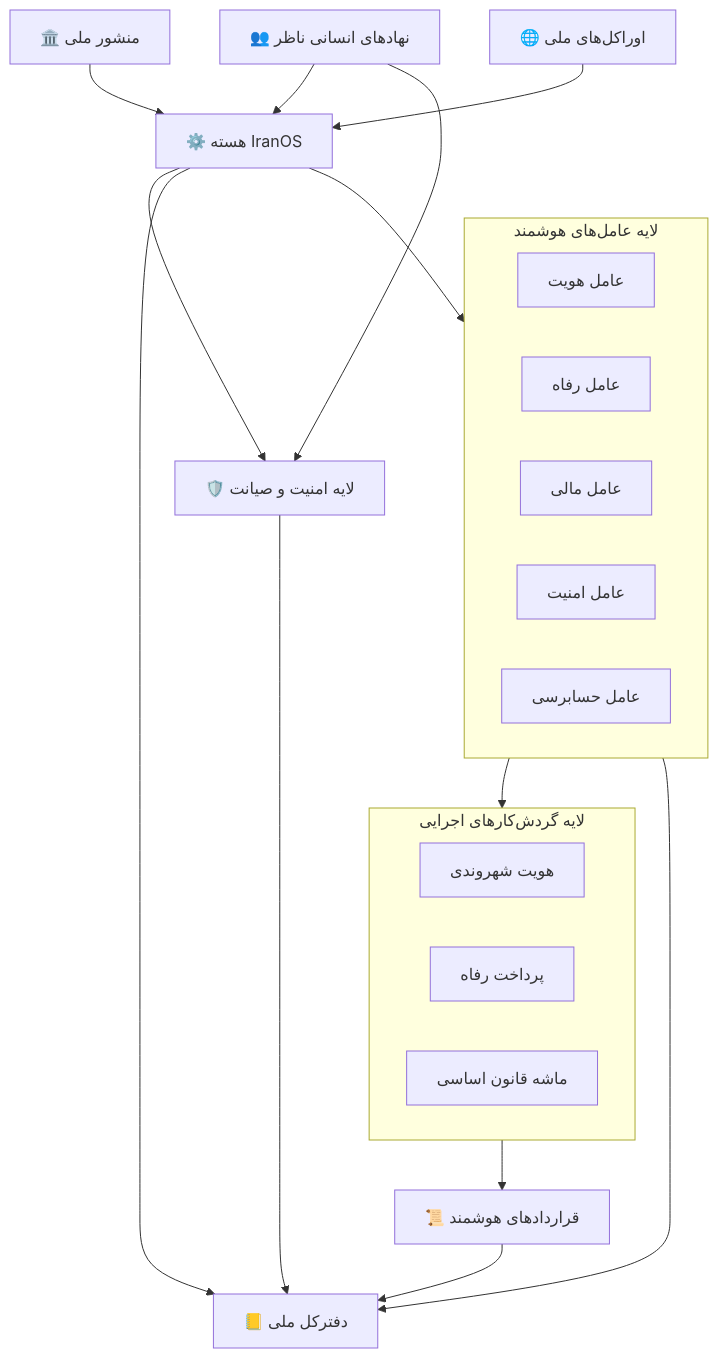
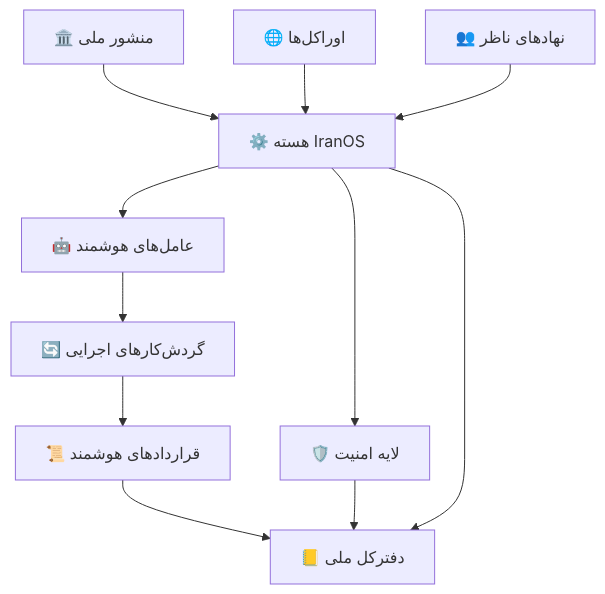
Before and after one commit to fafa33/Iran-OS: the diagram in architecture/SYSTEM_TOPOLOGY.md, drawn with Mermaid.

````diff
--- a/architecture/SYSTEM_TOPOLOGY.md
+++ b/architecture/SYSTEM_TOPOLOGY.md
@@ -30,42 +30,30 @@
 ```mermaid
 flowchart TB
 
-    C["🏛️ منشور ملی"]
-    O["🌐 اوراکل‌های ملی"]
+    A["🏛️ منشور ملی"]
+    B["🌐 اوراکل‌ها"]
+    C["👥 نهادهای ناظر"]
+
     K["⚙️ هسته IranOS"]
 
-    subgraph A["لایه عامل‌های هوشمند"]
-        AI1["عامل هویت"]
-        AI2["عامل رفاه"]
-        AI3["عامل مالی"]
-        AI4["عامل امنیت"]
-        AI5["عامل حسابرسی"]
-    end
+    D["🤖 عامل‌های هوشمند"]
+    E["🔄 گردش‌کارهای اجرایی"]
+    F["📜 قراردادهای هوشمند"]
 
-    subgraph W["لایه گردش‌کارهای اجرایی"]
-        W1["هویت شهروندی"]
-        W2["پرداخت رفاه"]
-        W3["ماشه قانون اساسی"]
-    end
+    G["🛡️ لایه امنیت"]
+    H["📒 دفترکل ملی"]
 
-    S["🛡️ لایه امنیت و صیانت"]
-    SC["📜 قراردادهای هوشمند"]
-    L["📒 دفترکل ملی"]
-    H["👥 نهادهای انسانی ناظر"]
+    A --> K
+    B --> K
+    C --> K
 
-    C --> K
-    O --> K
-    H --> K
+    K --> D
+    D --> E
+    E --> F
 
-    K --> A
-    A --> W
-    W --> SC
-    SC --> L
+    K --> G
 
-    K --> S
-    S --> L
-    A --> L
-    K --> L
-
-    H --> S
+    F --> H
+    G --> H
+    K --> H
 ```
````
